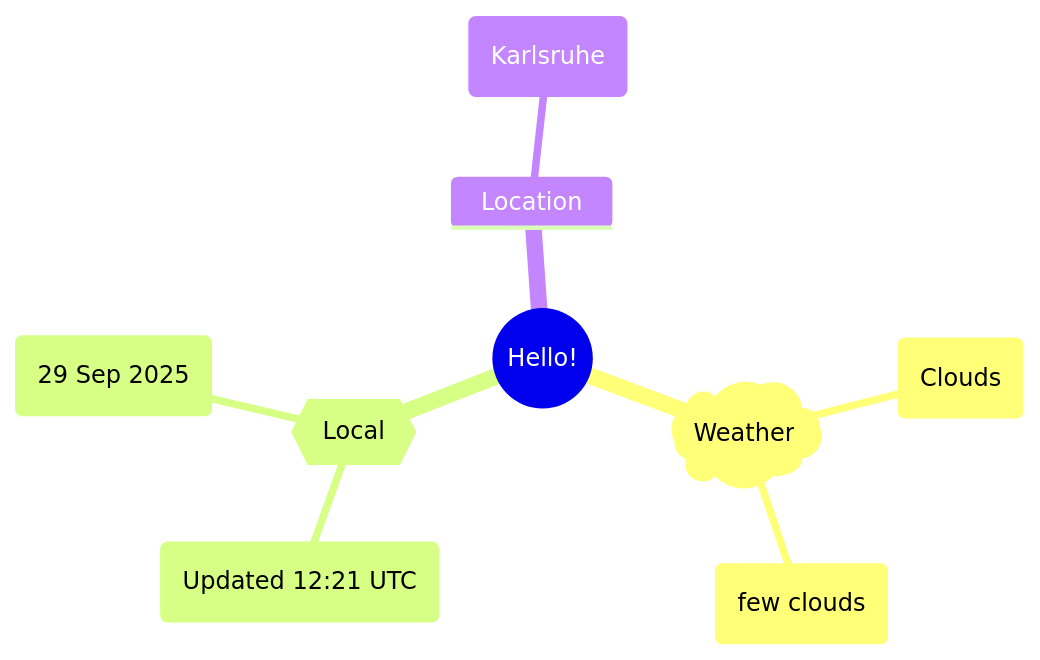
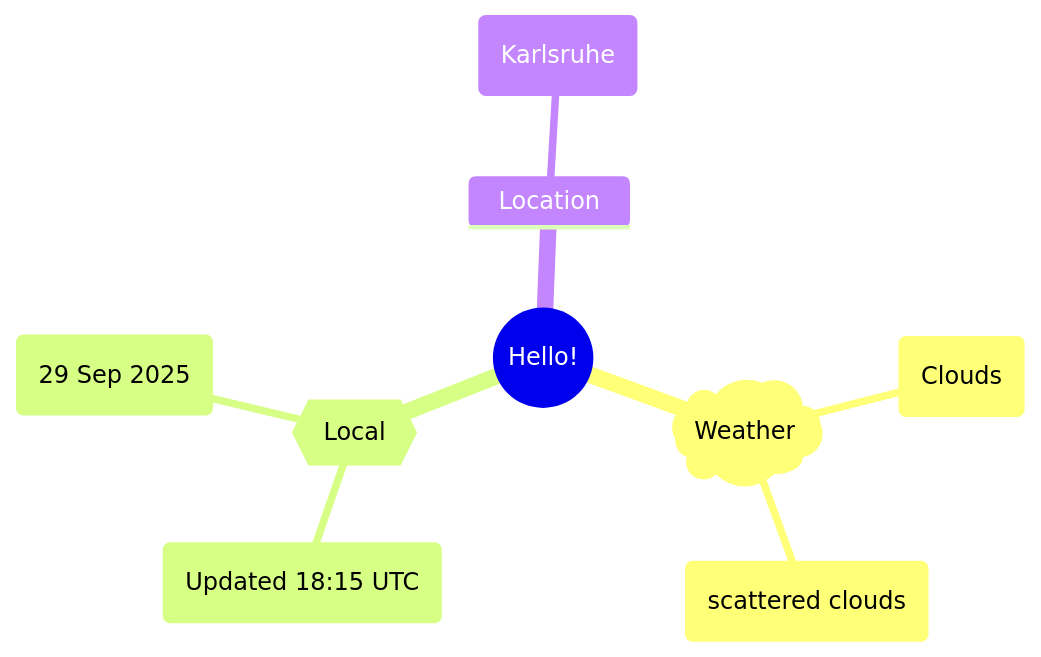
One commit to Xosrov/Xosrov changed the first of 2 diagrams in README.md. Above: the diagram before and after it, drawn with Mermaid.

Commit message:
[bot] updated images

````diff
--- a/README.md
+++ b/README.md
@@ -3,12 +3,12 @@
 ```mermaid
 mindmap
   root((Hello!))
     )Weather(
         (Clouds)
-        (few clouds)
+        (scattered clouds)
     {{Local}}
-        (Updated 12:21 UTC)
+        (Updated 18:15 UTC)
         (29 Sep 2025)
     Location
         (Karlsruhe)
 ```
````
